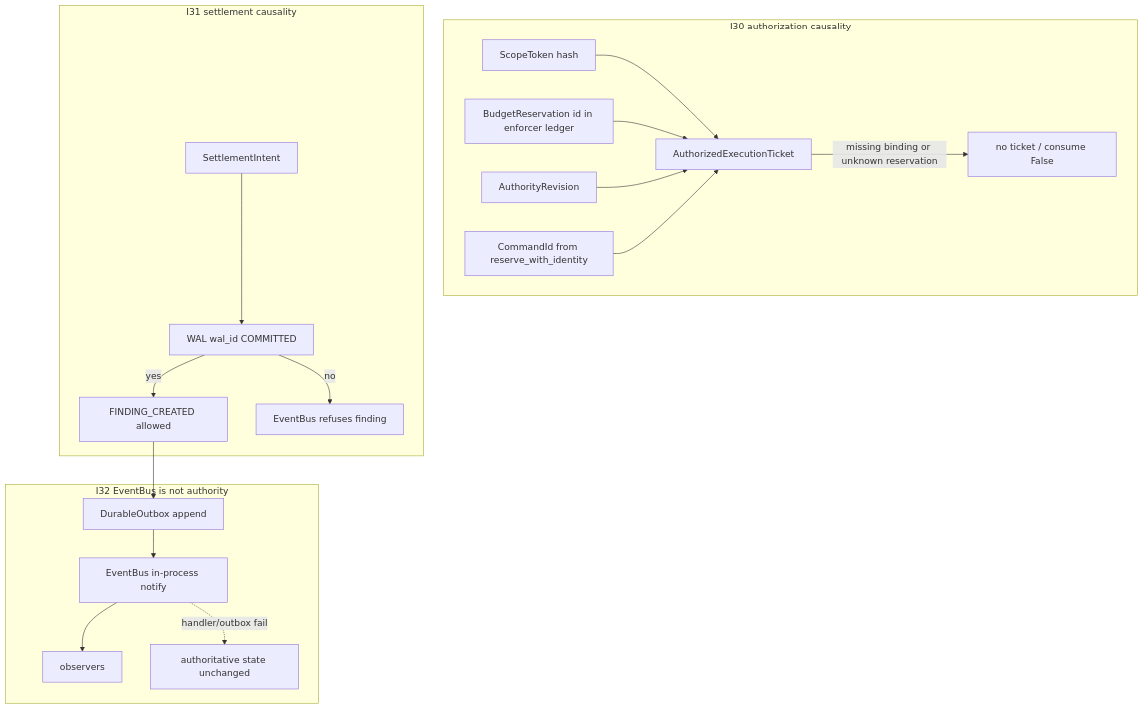
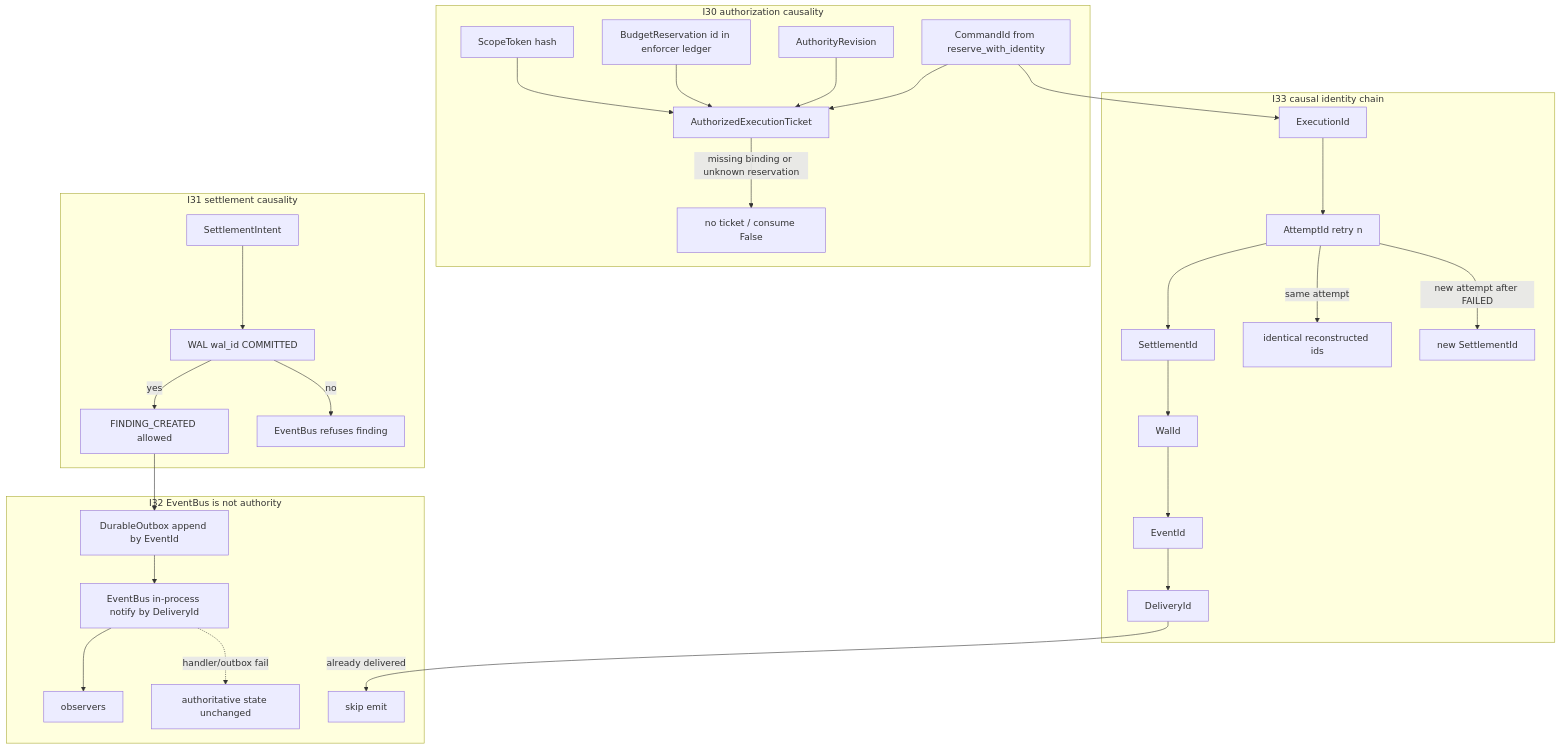
One commit to AviralGup7/Singularity-Zero changed diagram 13 of 13 in docs/flowchart.md. Above: the diagram before and after it, drawn with Mermaid. The commit also changed other lines of this file and 1 other file, not shown here.

Commit message:
docs: record I33 causal identity chain after the code landed
CommandId → ExecutionId → AttemptId → SettlementId → WalId → EventId →
DeliveryId is now the documented cross-subsystem identity contract.

````diff
--- a/docs/flowchart.md
+++ b/docs/flowchart.md
@@ -460,25 +462,36 @@
 ```mermaid
 flowchart TD
     subgraph I30["I30 authorization causality"]
         Scope["ScopeToken hash"]
         Res["BudgetReservation id in enforcer ledger"]
         Rev["AuthorityRevision"]
         Cmd["CommandId from reserve_with_identity"]
         Scope --> Ticket["AuthorizedExecutionTicket"]
         Res --> Ticket
         Rev --> Ticket
         Cmd --> Ticket
         Ticket -->|"missing binding or unknown reservation"| Reject["no ticket / consume False"]
     end
+    subgraph I33["I33 causal identity chain"]
+        Cmd --> ExecId["ExecutionId"]
+        ExecId --> AttId["AttemptId retry n"]
+        AttId --> StlId["SettlementId"]
+        StlId --> WalId["WalId"]
+        WalId --> EvtId["EventId"]
+        EvtId --> DlvId["DeliveryId"]
+        AttId -->|"same attempt"| Same["identical reconstructed ids"]
+        AttId -->|"new attempt after FAILED"| Retry["new SettlementId"]
+    end
     subgraph I31["I31 settlement causality"]
         Intent["SettlementIntent"] --> Durable["WAL wal_id COMMITTED"]
         Durable -->|"yes"| Finding["FINDING_CREATED allowed"]
         Durable -->|"no"| NoEmit["EventBus refuses finding"]
     end
     subgraph I32["I32 EventBus is not authority"]
-        Finding --> Outbox["DurableOutbox append"]
-        Outbox --> Bus["EventBus in-process notify"]
+        Finding --> Outbox["DurableOutbox append by EventId"]
+        Outbox --> Bus["EventBus in-process notify by DeliveryId"]
         Bus --> Consumers["observers"]
         Bus -.->|"handler/outbox fail"| Still["authoritative state unchanged"]
+        DlvId -->|"already delivered"| Skip["skip emit"]
     end
 ```
````
